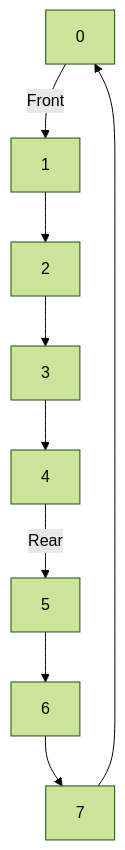
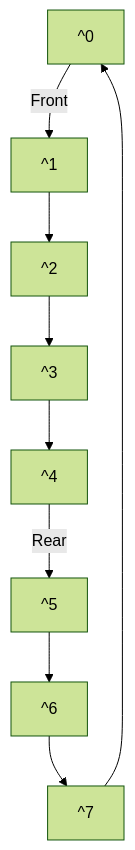
Before and after one commit to ClaudiuBogdan/musclecode-backend-main-service: the diagram in src/modules/algorithm/seed/algorithms/queue/lessons/003_array_implementation.md, drawn with Mermaid (forest theme). The commit also changed other lines of this file and 5 other files, not shown here.

````diff
--- a/src/modules/algorithm/seed/algorithms/queue/lessons/003_array_implementation.md
+++ b/src/modules/algorithm/seed/algorithms/queue/lessons/003_array_implementation.md
@@ -92,11 +31,11 @@
 ```mermaid
 graph TD
-    A[0] -->|Front| B[1]
-    B --> C[2]
-    C --> D[3]
-    D --> E[4]
-    E -->|Rear| F[5]
-    F --> G[6]
-    G --> H[7]
+    A[^0] -->|Front| B[^1]
+    B --> C[^2]
+    C --> D[^3]
+    D --> E[^4]
+    E -->|Rear| F[^5]
+    F --> G[^6]
+    G --> H[^7]
     H --> A
 ```
````
